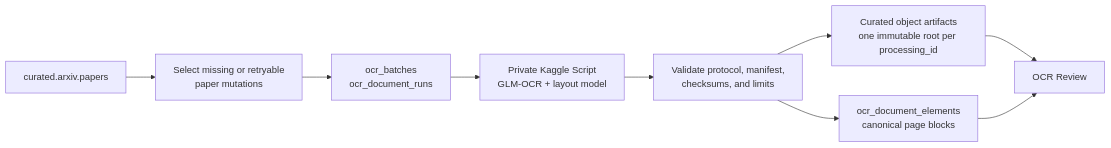
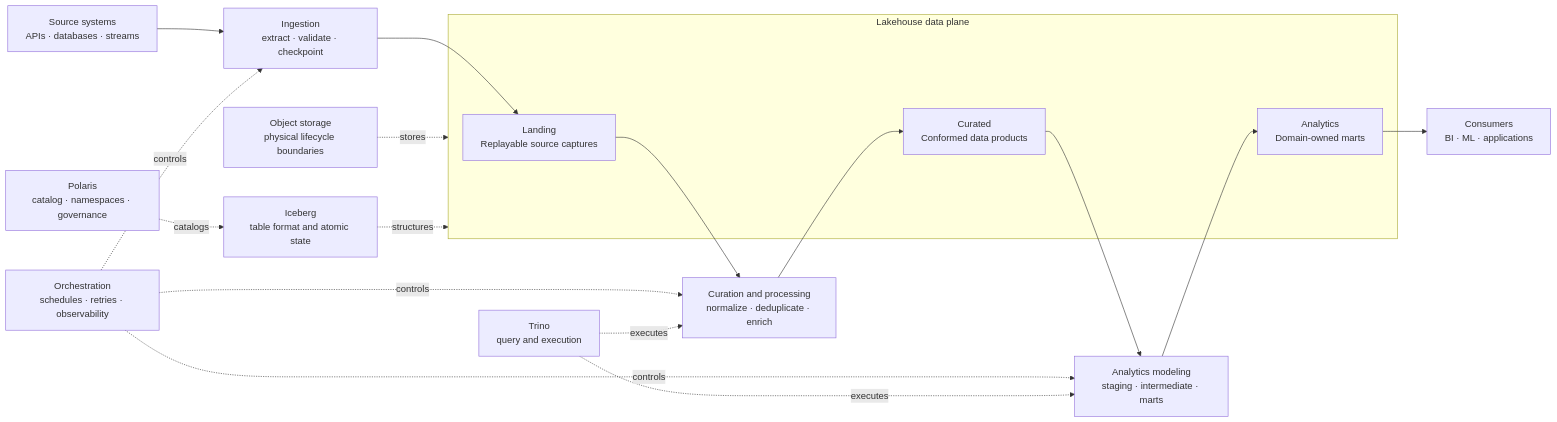
Before and after one commit to ToGiaBaoKDL/mini-lakehouse: the diagram in README.md, drawn with Mermaid. The commit also changed other lines of this file and 18 other files, not shown here.

````diff
--- a/README.md
+++ b/README.md
@@ -85,17 +12,26 @@
 ```mermaid
 flowchart LR
-    P["curated.arxiv.papers"]
-    S["Select missing or retryable<br/>paper mutations"]
-    R["ocr_batches<br/>ocr_document_runs"]
-    K["Private Kaggle Script<br/>GLM-OCR + layout model"]
-    V["Validate protocol, manifest,<br/>checksums, and limits"]
-    O["Curated object artifacts<br/>one immutable root per processing_id"]
-    E["ocr_document_elements<br/>canonical page blocks"]
-    UI["OCR Review"]
+    S["Source systems<br/>APIs · databases · streams"]
+    I["Ingestion<br/>extract · validate · checkpoint"]
+    C["Curation and processing<br/>normalize · deduplicate · enrich"]
+    M["Analytics modeling<br/>staging · intermediate · marts"]
+    U["Consumers<br/>BI · ML · applications"]
+    O["Orchestration<br/>schedules · retries · observability"]
 
-    P --> S --> R --> K --> V
-    V --> O
-    V --> E
-    O --> UI
-    E --> UI
+    subgraph D["Lakehouse data plane"]
+        L["Landing<br/>Replayable source captures"]
+        P["Curated<br/>Conformed data products"]
+        A["Analytics<br/>Domain-owned marts"]
+    end
+
+    S --> I --> L --> C --> P --> M --> A --> U
+    O -. controls .-> I
+    O -. controls .-> C
+    O -. controls .-> M
+
+    OS["Object storage<br/>physical lifecycle boundaries"] -. stores .-> D
+    TF["Iceberg<br/>table format and atomic state"] -. structures .-> D
+    CAT["Polaris<br/>catalog · namespaces · governance"] -. catalogs .-> TF
+    Q["Trino<br/>query and execution"] -. executes .-> C
+    Q -. executes .-> M
 ```
````
